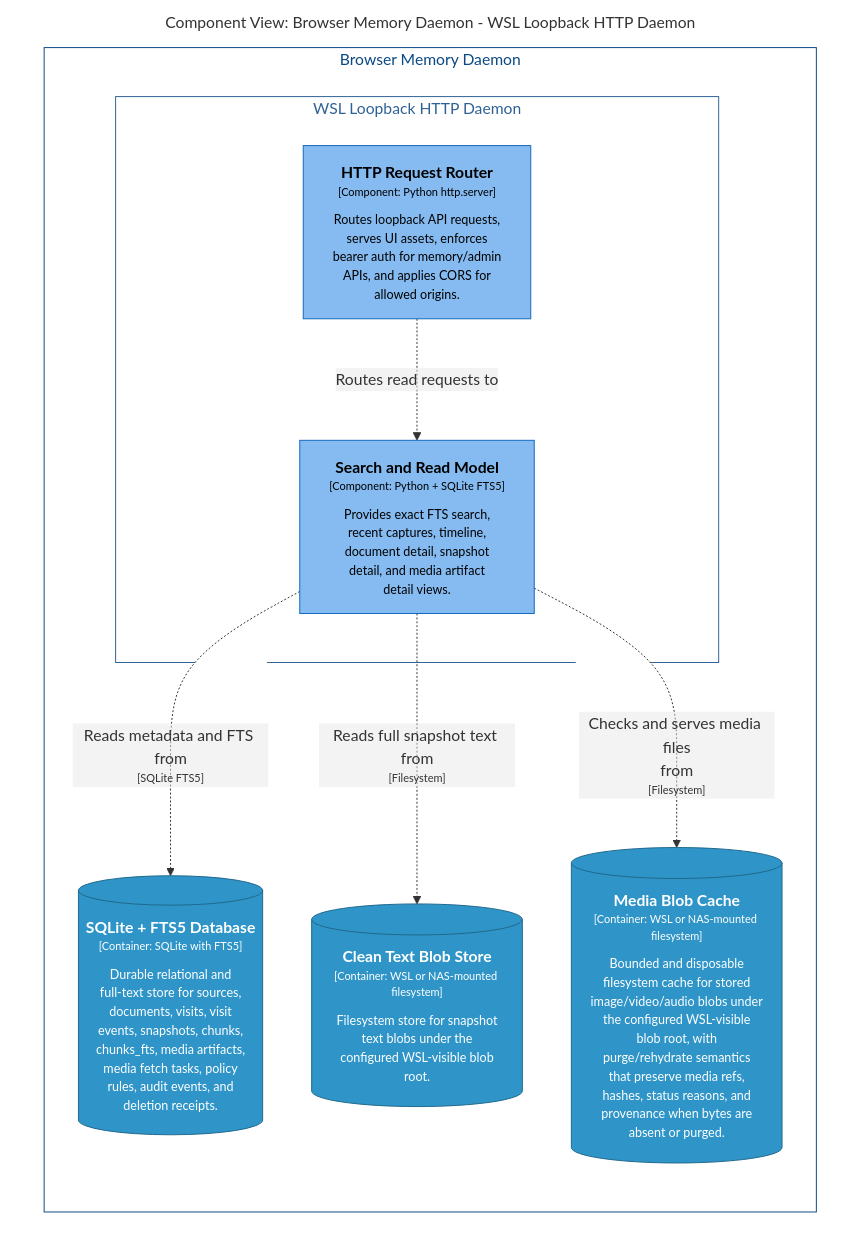
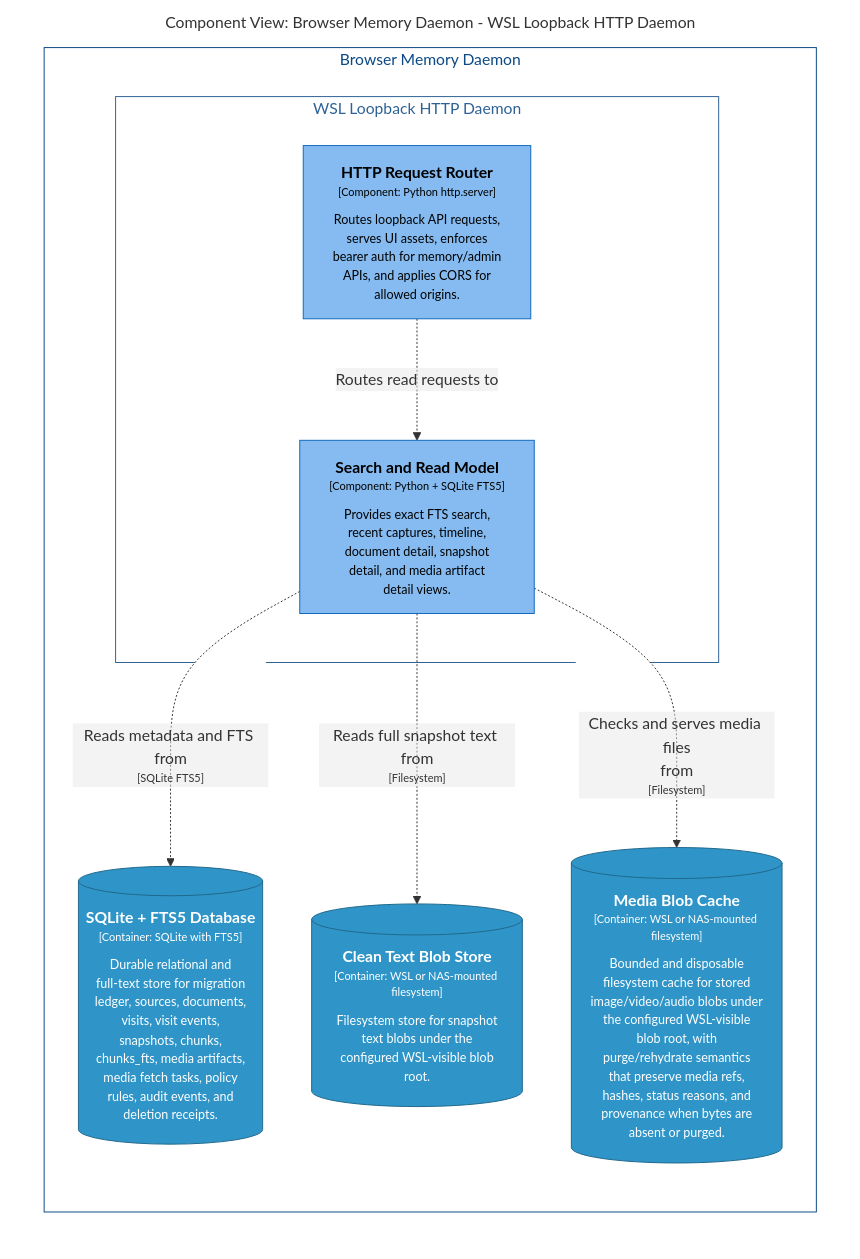
One commit to michaelnicks0/browser-memory-daemon changed the diagram in docs/architecture/diagrams/markdown/DaemonReadComponents.md. Above: the diagram before and after it, drawn with Mermaid. The commit also changed 180 other files, not shown here.

Commit message:
feat(db): add versioned migration ledger and compatibility checks

````diff
--- a/docs/architecture/diagrams/markdown/DaemonReadComponents.md
+++ b/docs/architecture/diagrams/markdown/DaemonReadComponents.md
@@ -16,34 +16,34 @@
 ```mermaid
 graph LR
   linkStyle default fill:#ffffff
 
   subgraph diagram ["Component View: Browser Memory Daemon - WSL Loopback HTTP Daemon"]
     style diagram fill:#ffffff,stroke:#ffffff
 
     subgraph 4 ["Browser Memory Daemon"]
       style 4 fill:#ffffff,stroke:#0b4884,color:#0b4884
 
       subgraph 14 ["WSL Loopback HTTP Daemon"]
         style 14 fill:#ffffff,stroke:#2e6295,color:#2e6295
 
         15["<div style='font-weight: bold'>HTTP Request Router</div><div style='font-size: 70%; margin-top: 0px'>[Component: Python http.server]</div><div style='font-size: 80%; margin-top:10px'>Routes loopback API requests,<br />serves UI assets, enforces<br />bearer auth for memory/admin<br />APIs, and applies CORS for<br />allowed origins.</div>"]
         style 15 fill:#85bbf0,stroke:#1168bd,color:#000000
-        21["<div style='font-weight: bold'>Search and Read Model</div><div style='font-size: 70%; margin-top: 0px'>[Component: Python + SQLite FTS5]</div><div style='font-size: 80%; margin-top:10px'>Provides exact FTS search,<br />recent captures, timeline,<br />document detail, snapshot<br />detail, and media artifact<br />detail views.</div>"]
-        style 21 fill:#85bbf0,stroke:#1168bd,color:#000000
+        22["<div style='font-weight: bold'>Search and Read Model</div><div style='font-size: 70%; margin-top: 0px'>[Component: Python + SQLite FTS5]</div><div style='font-size: 80%; margin-top:10px'>Provides exact FTS search,<br />recent captures, timeline,<br />document detail, snapshot<br />detail, and media artifact<br />detail views.</div>"]
+        style 22 fill:#85bbf0,stroke:#1168bd,color:#000000
       end
 
-      27[("<div style='font-weight: bold'>SQLite + FTS5 Database</div><div style='font-size: 70%; margin-top: 0px'>[Container: SQLite with FTS5]</div><div style='font-size: 80%; margin-top:10px'>Durable relational and<br />full-text store for sources,<br />documents, visits, visit<br />events, snapshots, chunks,<br />chunks_fts, media artifacts,<br />media fetch tasks, policy<br />rules, audit events, and<br />deletion receipts.</div>")]
-      style 27 fill:#2f95c8,stroke:#20688c,color:#ffffff
-      28[("<div style='font-weight: bold'>Clean Text Blob Store</div><div style='font-size: 70%; margin-top: 0px'>[Container: WSL or NAS-mounted filesystem]</div><div style='font-size: 80%; margin-top:10px'>Filesystem store for snapshot<br />text blobs under the<br />configured WSL-visible blob<br />root.</div>")]
+      28[("<div style='font-weight: bold'>SQLite + FTS5 Database</div><div style='font-size: 70%; margin-top: 0px'>[Container: SQLite with FTS5]</div><div style='font-size: 80%; margin-top:10px'>Durable relational and<br />full-text store for migration<br />ledger, sources, documents,<br />visits, visit events,<br />snapshots, chunks,<br />chunks_fts, media artifacts,<br />media fetch tasks, policy<br />rules, audit events, and<br />deletion receipts.</div>")]
       style 28 fill:#2f95c8,stroke:#20688c,color:#ffffff
-      29[("<div style='font-weight: bold'>Media Blob Cache</div><div style='font-size: 70%; margin-top: 0px'>[Container: WSL or NAS-mounted filesystem]</div><div style='font-size: 80%; margin-top:10px'>Bounded and disposable<br />filesystem cache for stored<br />image/video/audio blobs under<br />the configured WSL-visible<br />blob root, with<br />purge/rehydrate semantics<br />that preserve media refs,<br />hashes, status reasons, and<br />provenance when bytes are<br />absent or purged.</div>")]
+      29[("<div style='font-weight: bold'>Clean Text Blob Store</div><div style='font-size: 70%; margin-top: 0px'>[Container: WSL or NAS-mounted filesystem]</div><div style='font-size: 80%; margin-top:10px'>Filesystem store for snapshot<br />text blobs under the<br />configured WSL-visible blob<br />root.</div>")]
       style 29 fill:#2f95c8,stroke:#20688c,color:#ffffff
+      30[("<div style='font-weight: bold'>Media Blob Cache</div><div style='font-size: 70%; margin-top: 0px'>[Container: WSL or NAS-mounted filesystem]</div><div style='font-size: 80%; margin-top:10px'>Bounded and disposable<br />filesystem cache for stored<br />image/video/audio blobs under<br />the configured WSL-visible<br />blob root, with<br />purge/rehydrate semantics<br />that preserve media refs,<br />hashes, status reasons, and<br />provenance when bytes are<br />absent or purged.</div>")]
+      style 30 fill:#2f95c8,stroke:#20688c,color:#ffffff
     end
 
-    15-. "<div>Routes read requests to</div><div style='font-size: 70%'></div>" .->21
-    21-. "<div>Reads metadata and FTS from</div><div style='font-size: 70%'>[SQLite FTS5]</div>" .->27
-    21-. "<div>Reads full snapshot text from</div><div style='font-size: 70%'>[Filesystem]</div>" .->28
-    21-. "<div>Checks and serves media files<br />from</div><div style='font-size: 70%'>[Filesystem]</div>" .->29
+    15-. "<div>Routes read requests to</div><div style='font-size: 70%'></div>" .->22
+    22-. "<div>Reads metadata and FTS from</div><div style='font-size: 70%'>[SQLite FTS5]</div>" .->28
+    22-. "<div>Reads full snapshot text from</div><div style='font-size: 70%'>[Filesystem]</div>" .->29
+    22-. "<div>Checks and serves media files<br />from</div><div style='font-size: 70%'>[Filesystem]</div>" .->30
 
   end
 ```
````
